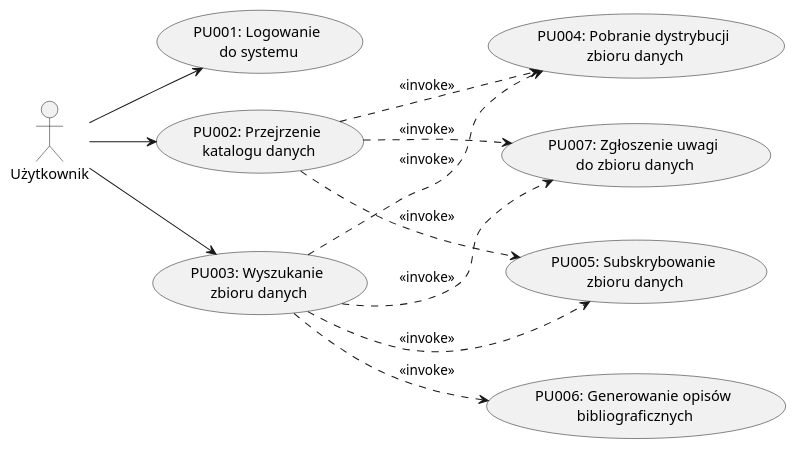
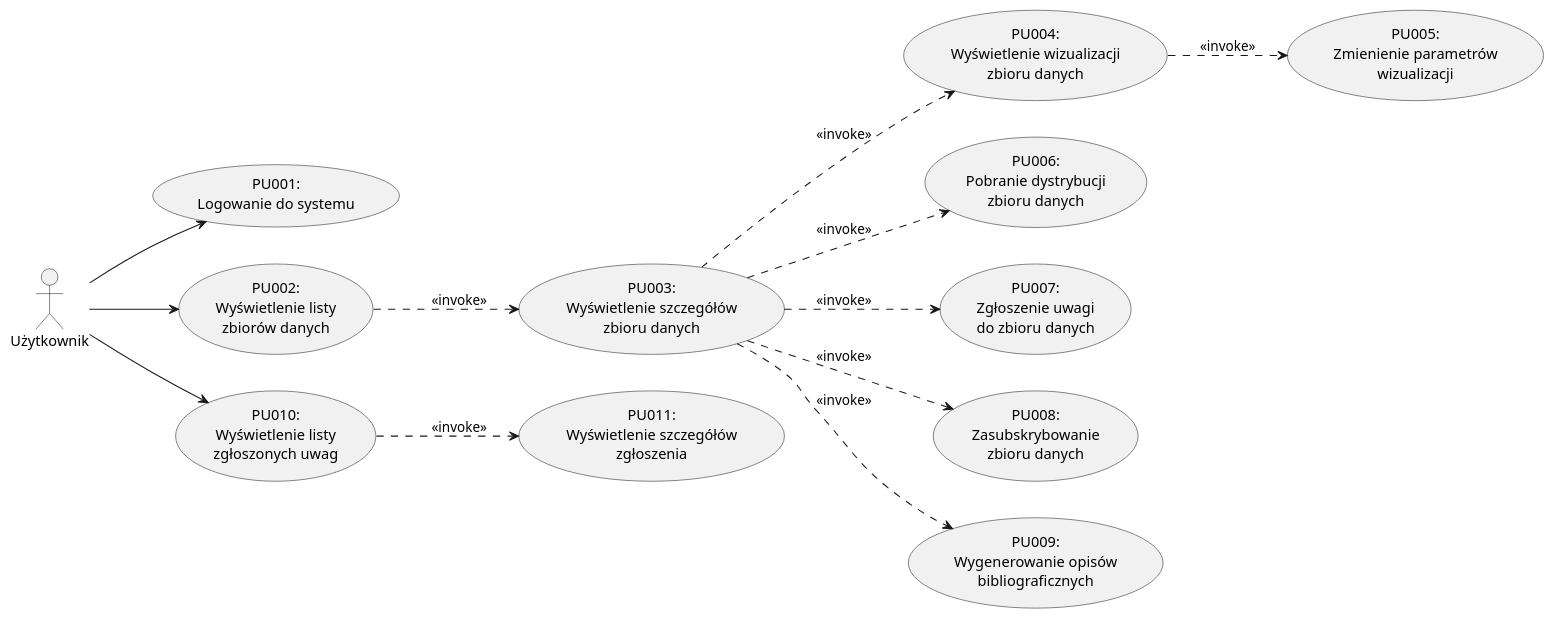
The seventh of 13 diagrams in dokumentacja.md (kokolodziejska/IWO), drawn with PlantUML before and after one commit. The commit also changed other lines of this file and 2 other files, not shown here.

````diff
--- a/dokumentacja.md
+++ b/dokumentacja.md
@@ -1140,27 +1142,34 @@
   ```puml
   @startuml Uzytkownik
   left to right direction
 
   actor "Użytkownik" as User
 
-  usecase "PU001: Logowanie\n do systemu" as UC1
-  usecase "PU002: Przejrzenie\n katalogu danych" as UC2
-  usecase "PU003: Wyszukanie\n zbioru danych" as UC3
-  usecase "PU004: Pobranie dystrybucji\n zbioru danych" as UC4
-  usecase "PU005: Subskrybowanie\n zbioru danych" as UC5
-  usecase "PU006: Generowanie opisów\n bibliograficznych" as UC6
-  usecase "PU007: Zgłoszenie uwagi\n do zbioru danych" as UC7
+  usecase "PU001:\nLogowanie do systemu" as PU001
+  usecase "PU002:\nWyświetlenie listy\nzbiorów danych" as PU002
+  usecase "PU003:\nWyświetlenie szczegółów\nzbioru danych" as PU003
+  usecase "PU004:\nWyświetlenie wizualizacji\nzbioru danych" as PU004
+  usecase "PU005:\nZmienienie parametrów\nwizualizacji" as PU005
+  usecase "PU006:\nPobranie dystrybucji\nzbioru danych" as PU006
+  usecase "PU007:\nZgłoszenie uwagi\ndo zbioru danych" as PU007
+  usecase "PU008:\nZasubskrybowanie\nzbioru danych" as PU008
+  usecase "PU009:\nWygenerowanie opisów\nbibliograficznych" as PU009
+  usecase "PU010:\nWyświetlenie listy\nzgłoszonych uwag" as PU010
+  usecase "PU011:\nWyświetlenie szczegółów\nzgłoszenia" as PU011
 
-  User --> UC1
-  User --> UC2
-  User --> UC3
-  UC3 ..> UC6 : <<invoke>>
-  UC3 ..> UC7 : <<invoke>>
-  UC3 ..> UC4 : <<invoke>>
-  UC2 ..> UC5 : <<invoke>>
-  UC3 ..> UC5 : <<invoke>>
-  UC2 ..> UC4 : <<invoke>>
-  UC2 ..> UC7 : <<invoke>>
+  User --> PU001
+  User --> PU002
+  User --> PU010
+
+  PU002 ..> PU003 : <<invoke>>
+  PU003 ..> PU004 : <<invoke>>
+  PU003 ..> PU007 : <<invoke>>
+  PU003 ..> PU008 : <<invoke>>
+  PU003 ..> PU006 : <<invoke>>
+  PU003 ..> PU009 : <<invoke>>
+  PU004 ..> PU005 : <<invoke>>
+
+  PU010 ..> PU011 : <<invoke>>
 
   @enduml
   ```
````
